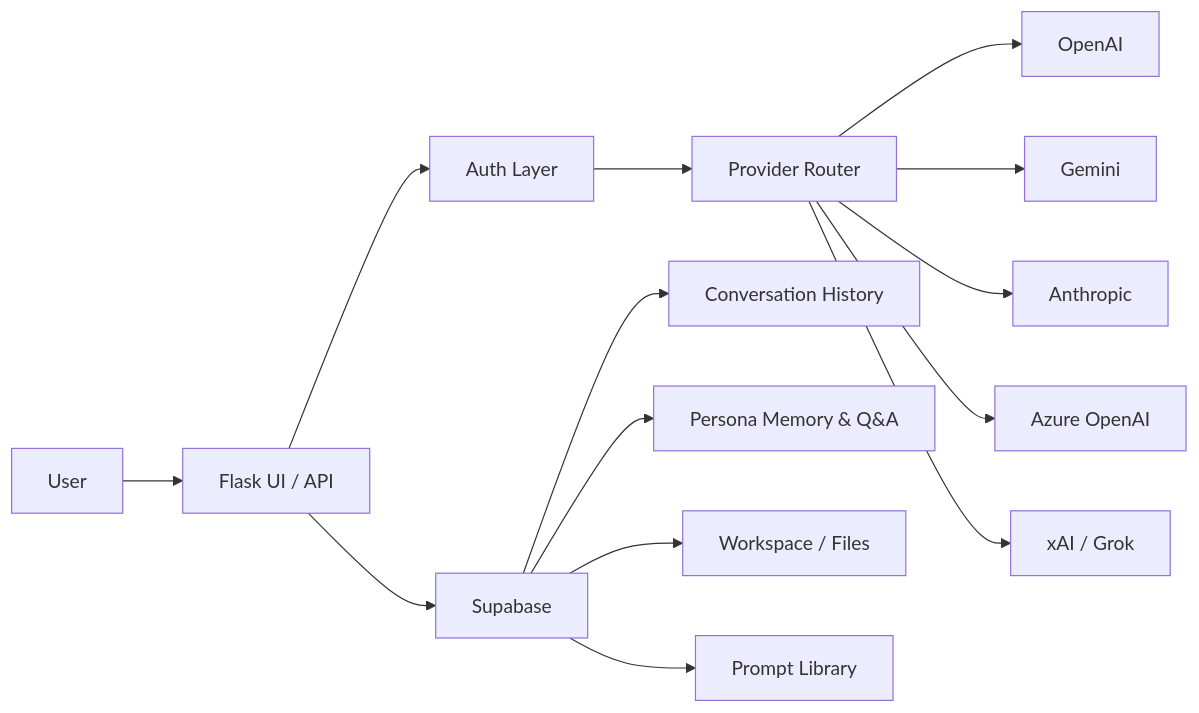
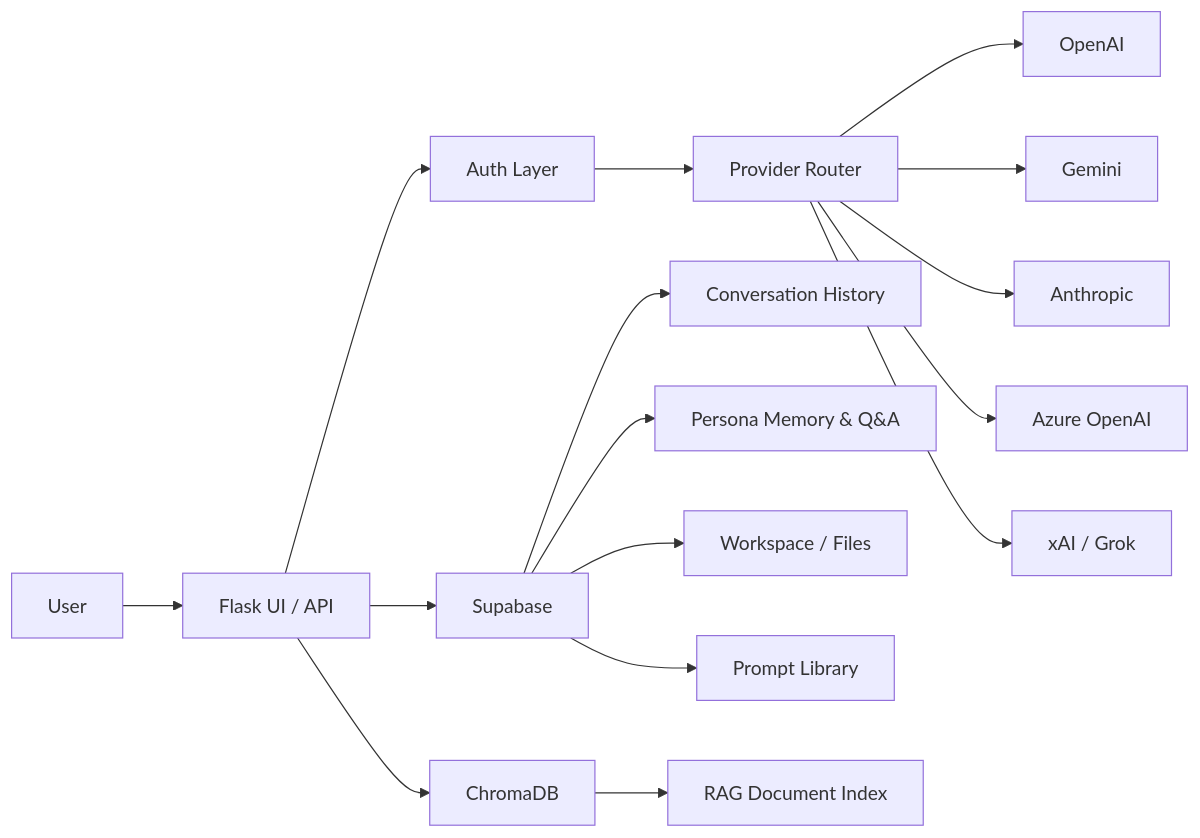
One commit to shinwookyi-oss/ai-hub changed the diagram in README.md. Above: the diagram before and after it, drawn with Mermaid. The commit also changed other lines of this file, not shown here.

Commit message:
docs: comprehensive README update — SSE streaming, themes, RAG, admin panel, full schema

````diff
--- a/README.md
+++ b/README.md
@@ -336,16 +416,18 @@
 ```mermaid
 graph LR
     A[User] --> B[Flask UI / API]
     B --> C[Auth Layer]
     C --> D[Provider Router]
     D --> E[OpenAI]
     D --> F[Gemini]
     D --> G[Anthropic]
     D --> H[Azure OpenAI]
     D --> I[xAI / Grok]
     B --> J[Supabase]
     J --> K[Conversation History]
     J --> L[Persona Memory & Q&A]
     J --> M[Workspace / Files]
     J --> N[Prompt Library]
+    B --> O[ChromaDB]
+    O --> P[RAG Document Index]
 ```
````
